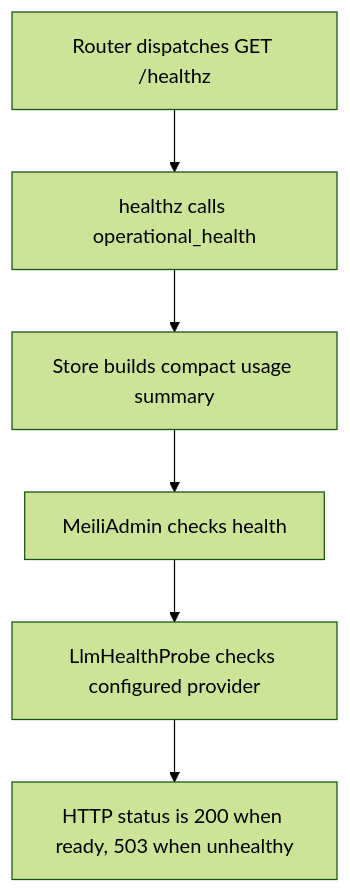
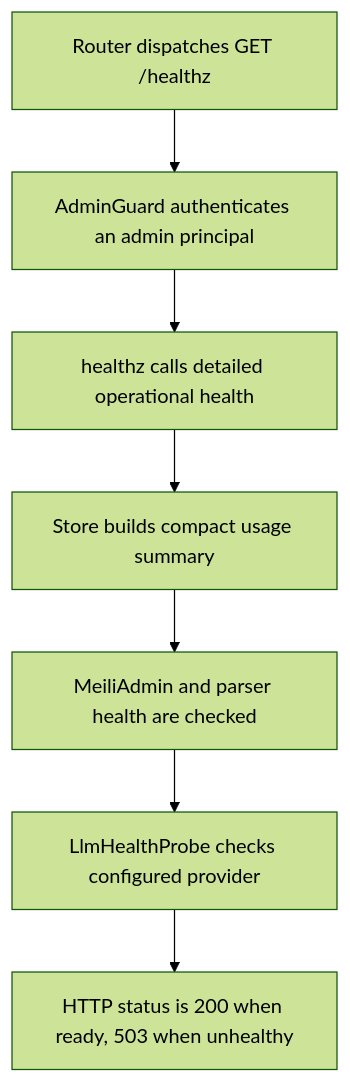
One commit to dickwu/nowledge changed the diagram in doc/api/get_healthz.md. Above: the diagram before and after it, drawn with Mermaid (forest theme). The commit also changed other lines of this file and 46 other files, not shown here.

````diff
--- a/doc/api/get_healthz.md
+++ b/doc/api/get_healthz.md
@@ -61,14 +63,16 @@
 ```mermaid
 flowchart TD
   n0["Router dispatches GET /healthz"]
-  n1["healthz calls operational_health"]
-  n2["Store builds compact usage summary"]
-  n3["MeiliAdmin checks health"]
-  n4["LlmHealthProbe checks configured provider"]
-  n5["HTTP status is 200 when ready, 503 when unhealthy"]
+  n1["AdminGuard authenticates an admin principal"]
+  n2["healthz calls detailed operational health"]
+  n3["Store builds compact usage summary"]
+  n4["MeiliAdmin and parser health are checked"]
+  n5["LlmHealthProbe checks configured provider"]
+  n6["HTTP status is 200 when ready, 503 when unhealthy"]
   n0 --> n1
   n1 --> n2
   n2 --> n3
   n3 --> n4
   n4 --> n5
+  n5 --> n6
 ```
````
